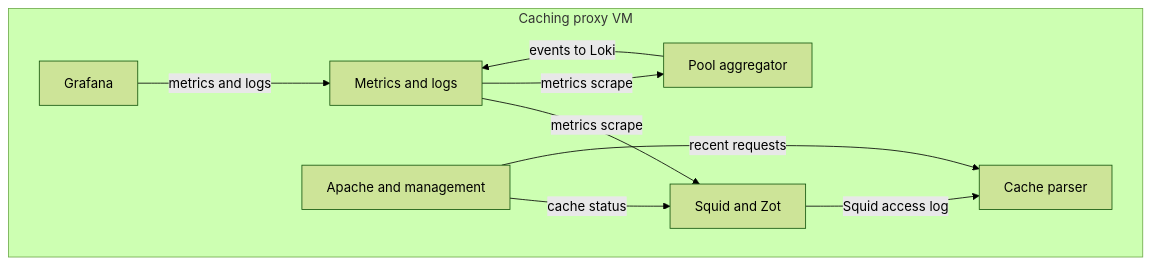
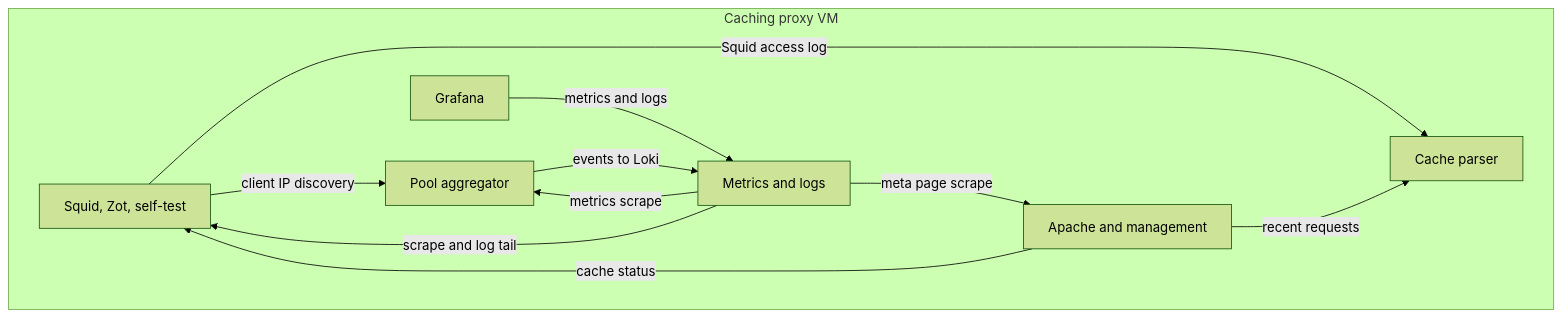
Before and after one commit to alissonsol/yuruna: the fifth of 9 diagrams in docs/design/06-deployment.md, drawn with Mermaid (forest theme). The commit also changed other lines of this file and 1409 other files, not shown here.

````diff
--- a/docs/design/06-deployment.md
+++ b/docs/design/06-deployment.md
@@ -205,18 +240,20 @@
 ```mermaid
 flowchart TB
     subgraph caching-proxy-service["Caching proxy VM"]
-        squid-zot["Squid and Zot"]
+        squid-zot["Squid, Zot, self-test"]
         caching-proxy-parser-service["Cache parser"]
         pool-aggregator-service["Pool aggregator"]
         prometheus-loki["Metrics and logs"]
         grafana["Grafana"]
         apache2["Apache and management"]
     end
     squid-zot -->|Squid access log| caching-proxy-parser-service
-    prometheus-loki -->|metrics scrape| squid-zot
+    squid-zot -->|client IP discovery| pool-aggregator-service
+    prometheus-loki -->|scrape and log tail| squid-zot
     prometheus-loki -->|metrics scrape| pool-aggregator-service
+    prometheus-loki -->|meta page scrape| apache2
     pool-aggregator-service -->|events to Loki| prometheus-loki
     grafana -->|metrics and logs| prometheus-loki
     apache2 -->|cache status| squid-zot
     apache2 -->|recent requests| caching-proxy-parser-service
 ```
````
